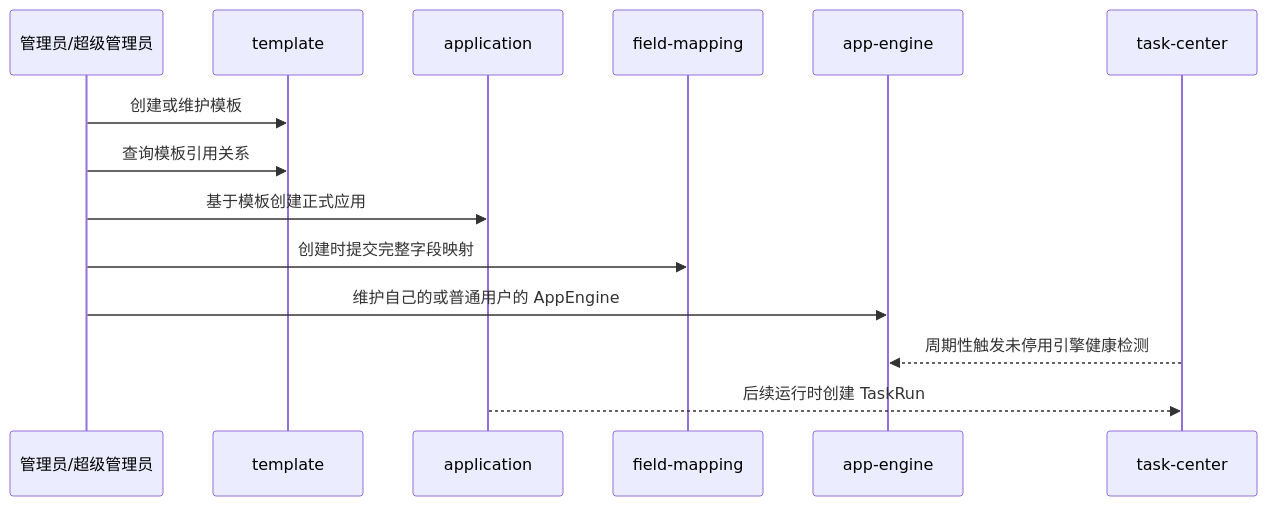
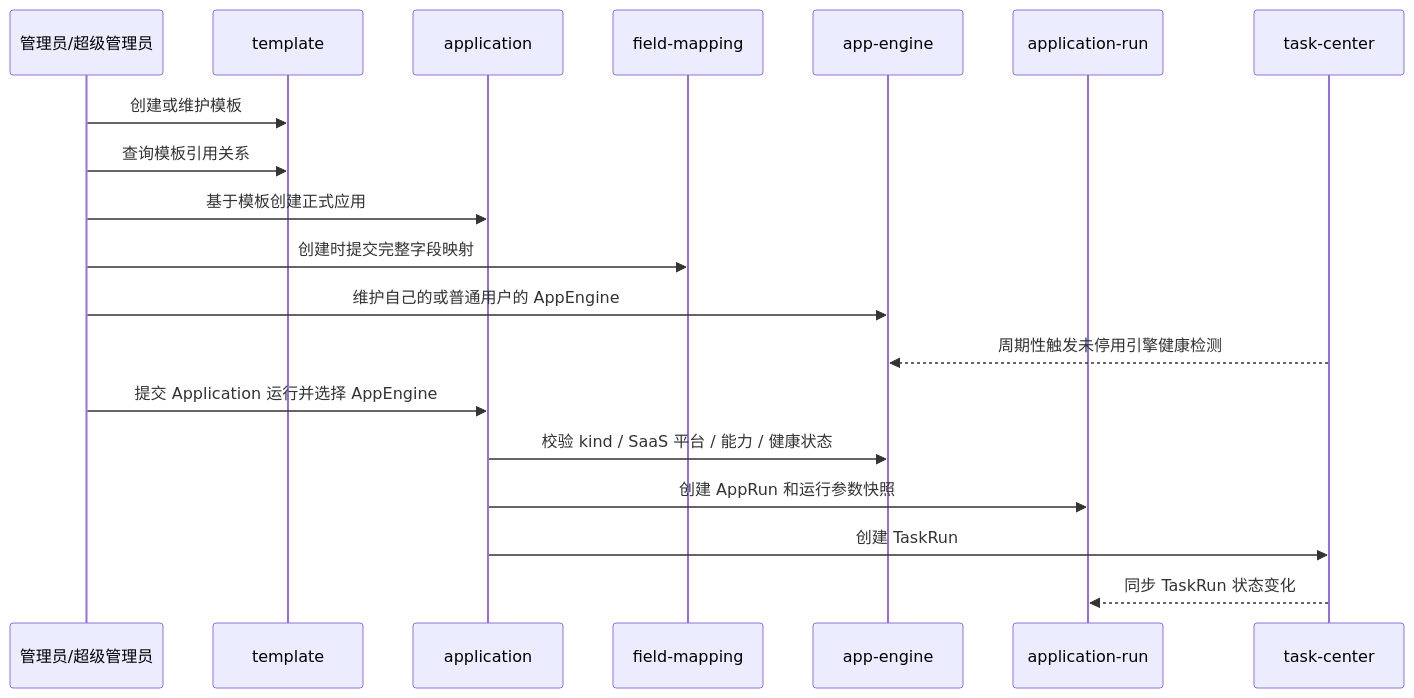
One commit to wangweihong/omnimam-spec changed the diagram in 02_architecture/domains/application-platform.md. Above: the diagram before and after it, drawn with Mermaid. The commit also changed other lines of this file and 9 other files, not shown here.

````diff
--- a/02_architecture/domains/application-platform.md
+++ b/02_architecture/domains/application-platform.md
@@ -29,17 +30,22 @@
 ```mermaid
 sequenceDiagram
   participant Admin as 管理员/超级管理员
   participant Template as template
   participant App as application
   participant Mapping as field-mapping
   participant Engine as app-engine
+  participant Run as application-run
   participant Task as task-center
 
   Admin->>Template: 创建或维护模板
   Admin->>Template: 查询模板引用关系
   Admin->>App: 基于模板创建正式应用
   Admin->>Mapping: 创建时提交完整字段映射
   Admin->>Engine: 维护自己的或普通用户的 AppEngine
   Task-->>Engine: 周期性触发未停用引擎健康检测
-  App-->>Task: 后续运行时创建 TaskRun
+  Admin->>App: 提交 Application 运行并选择 AppEngine
+  App->>Engine: 校验 kind / SaaS 平台 / 能力 / 健康状态
+  App->>Run: 创建 AppRun 和运行参数快照
+  App->>Task: 创建 TaskRun
+  Task-->>Run: 同步 TaskRun 状态变化
 ```
````
